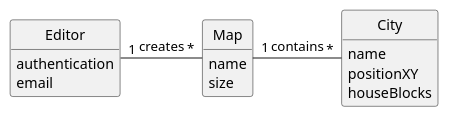
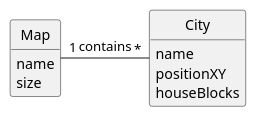
The diagram in docs/system-documentation/US003/02.analysis/puml/US003-DM.puml (1240826/empire-on-tracks), drawn with PlantUML before and after one commit. The commit also changed 2 other files, not shown here.

```diff
--- a/docs/system-documentation/US003/02.analysis/puml/US003-DM.puml
+++ b/docs/system-documentation/US003/02.analysis/puml/US003-DM.puml
@@ -1,34 +1,27 @@
 @startuml
 skinparam monochrome true
 skinparam packageStyle rectangle
 skinparam shadowing false
 
 
 skinparam classAttributeIconSize 0
 
 hide circle
 hide methods
-
-class Editor {
-    authentication
-    email
-}
 
 class Map {
     name
     size
 }
 
 class City {
     name
     positionXY
     houseBlocks
 }
 
 
 Map "1" - "*" City : contains
 
-Editor "1" - "*" Map : creates
-
 
 @enduml
```
